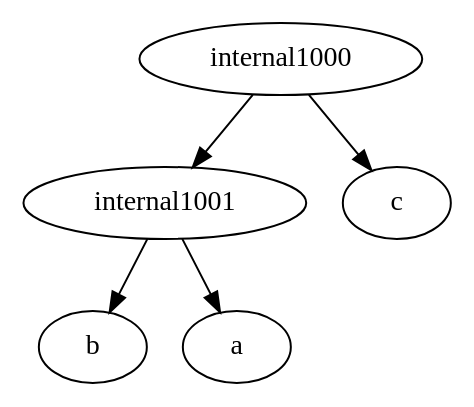
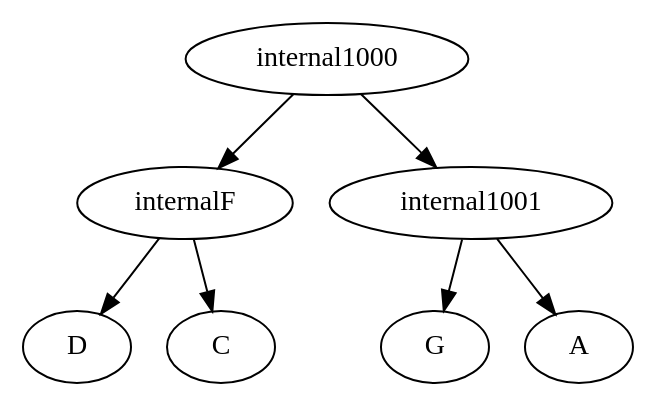
The diagram in ParsingTxt/Launcher/upload.dot (iharnoor/PhylogeneticsWebsite), drawn with Graphviz before and after one commit. The commit also changed 3 other files, not shown here.

```diff
--- a/ParsingTxt/Launcher/upload.dot
+++ b/ParsingTxt/Launcher/upload.dot
@@ -1,6 +1,8 @@
 strict digraph G1 {
-internal1001 -> b
-internal1001 -> a
-internal1000 -> c
+internalF -> D
+internalF -> C
+internal1001 -> G
+internal1001 -> A
 internal1000 -> internal1001
+internal1000 -> internalF
 }
```
